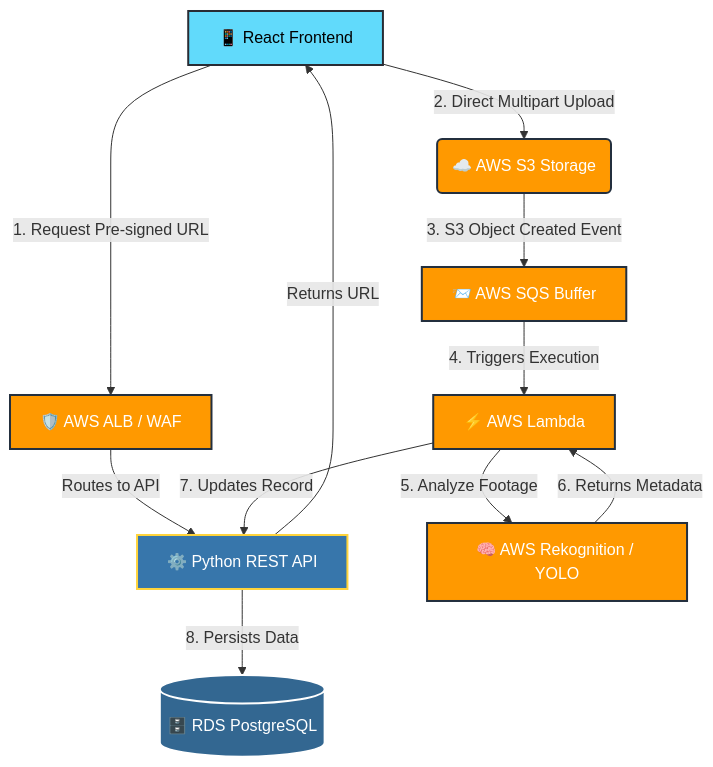
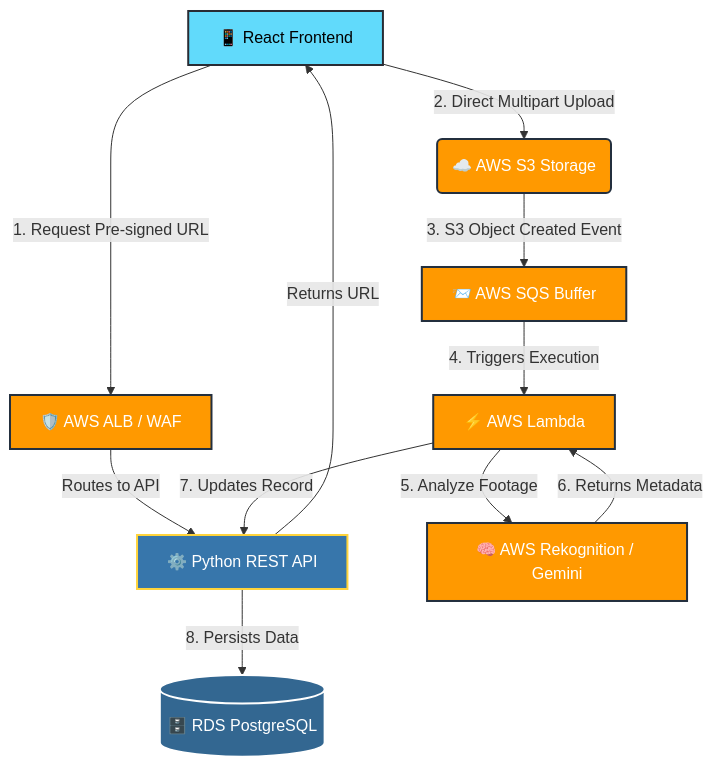
Before and after one commit to Kanaka-Harsha/CTC-App: the diagram in README.md, drawn with Mermaid. The commit also changed other lines of this file and 1 other file, not shown here.

````diff
--- a/README.md
+++ b/README.md
@@ -44,28 +97,28 @@
 ```mermaid
 graph TD
     classDef aws fill:#FF9900,stroke:#232F3E,stroke-width:2px,color:white;
     classDef frontend fill:#61DAFB,stroke:#282C34,stroke-width:2px,color:black;
     classDef backend fill:#3776AB,stroke:#FFD43B,stroke-width:2px,color:white;
     classDef db fill:#336791,stroke:#FFFFFF,stroke-width:2px,color:white;
 
     A[📱 React Frontend]:::frontend
     B(☁️ AWS S3 Storage):::aws
     C[🛡️ AWS ALB / WAF]:::aws
     D[⚙️ Python REST API]:::backend
     E[(🗄️ RDS PostgreSQL)]:::db
     F[📨 AWS SQS Buffer]:::aws
     G[⚡ AWS Lambda]:::aws
-    H[🧠 AWS Rekognition / YOLO]:::aws
+    H[🧠 AWS Rekognition / Gemini]:::aws
 
     %% Connections
     A -- "1. Request Pre-signed URL" --> C
     C -- "Routes to API" --> D
     D -- "Returns URL" --> A
     A -- "2. Direct Multipart Upload" --> B
     B -- "3. S3 Object Created Event" --> F
     F -- "4. Triggers Execution" --> G
     G -- "5. Analyze Footage" --> H
     H -- "6. Returns Metadata" --> G
     G -- "7. Updates Record" --> D
     D -- "8. Persists Data" --> E
 ```
````
